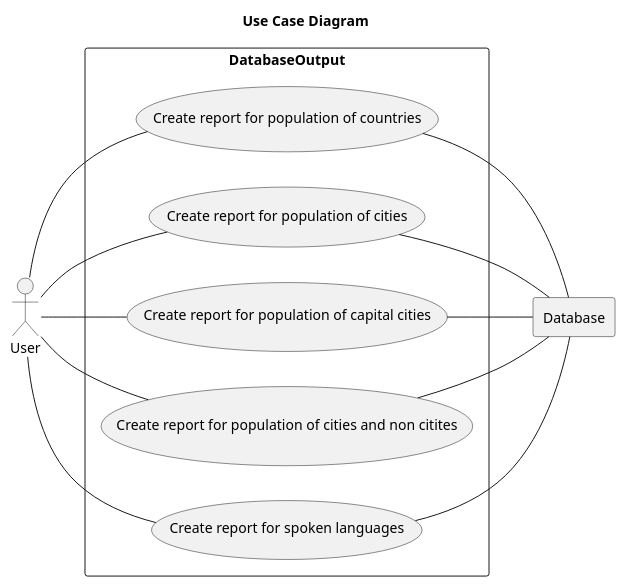
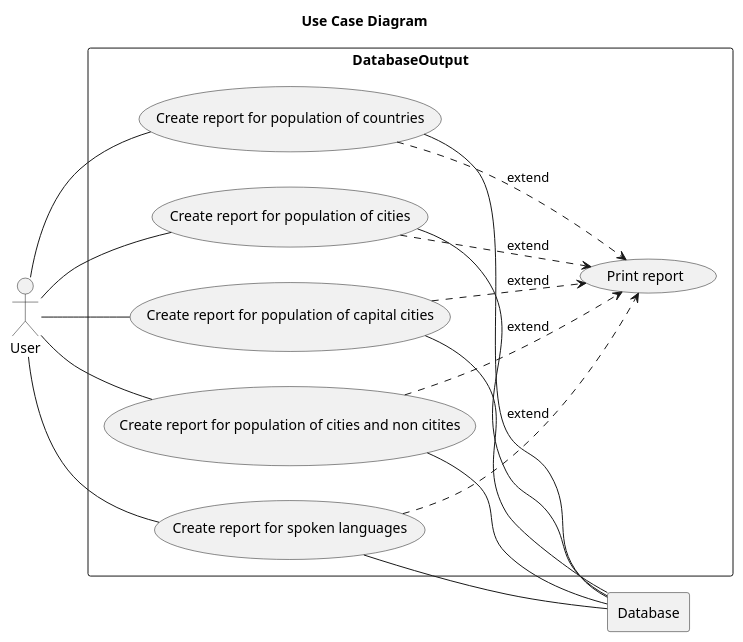
One commit to MichaelKerr98/SwEngMthdsCw changed the diagram in use-cases/use-case-diagram.puml. Above: the diagram before and after it, drawn with PlantUML.

Commit message:
#13 Create Docker SQL DB - fixed use-case relations.

```diff
--- a/use-cases/use-case-diagram.puml
+++ b/use-cases/use-case-diagram.puml
@@ -1,31 +1,38 @@
 @startuml
 left to right direction
 
 title **Use Case Diagram**
 
 actor U as "User"
 
 rectangle DB as "Database"
 
 rectangle "DatabaseOutput" {
 
     usecase UC1 as "Create report for population of countries"
     usecase UC2 as "Create report for population of cities"
     usecase UC3 as "Create report for population of capital cities"
     usecase UC4 as "Create report for population of cities and non citites"
     usecase UC5 as "Create report for spoken languages"
+    usecase PRINT as "Print report"
 
     U -- UC1
     U -- UC2
     U -- UC3
     U -- UC4
     U -- UC5
+
+    UC1 ..> PRINT : extend
+    UC2 ..> PRINT : extend
+    UC3 ..> PRINT : extend
+    UC4 ..> PRINT : extend
+    UC5 ..> PRINT : extend
 
     UC1 -- DB
     UC2 -- DB
     UC3 -- DB
     UC4 -- DB
     UC5 -- DB
 }
 
 @enduml
```
